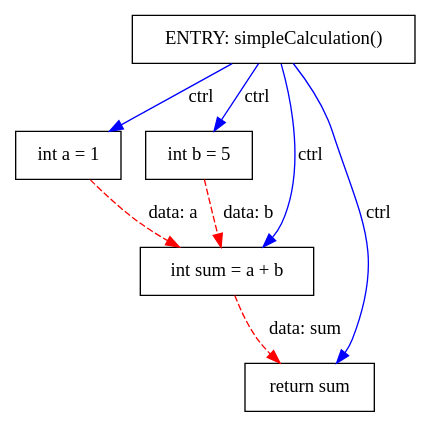
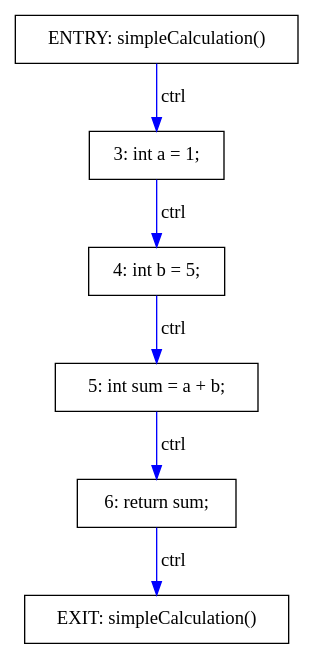
Before and after one commit to khaser/java-pdg: the diagram in results/SimpleCalculation.dot, drawn with Graphviz. The commit also changed 16 other files, not shown here.

```diff
--- a/results/SimpleCalculation.dot
+++ b/results/SimpleCalculation.dot
@@ -1,18 +1,17 @@
 digraph PDG {
   rankdir=TB;
   node [shape=box];
 
   node0 [label="ENTRY: simpleCalculation()"];
-  node1 [label="int a = 1"];
-  node2 [label="int b = 5"];
-  node3 [label="int sum = a + b"];
-  node4 [label="return sum"];
+  node1 [label="EXIT: simpleCalculation()"];
+  node2 [label="3: int a = 1;"];
+  node3 [label="4: int b = 5;"];
+  node4 [label="5: int sum = a + b;"];
+  node5 [label="6: return sum;"];
 
-  node0 -> node1 [label="ctrl", color=blue];
   node0 -> node2 [label="ctrl", color=blue];
-  node0 -> node3 [label="ctrl", color=blue];
-  node0 -> node4 [label="ctrl", color=blue];
-  node3 -> node4 [label="data: sum", color=red, style=dashed];
-  node1 -> node3 [label="data: a", color=red, style=dashed];
-  node2 -> node3 [label="data: b", color=red, style=dashed];
+  node2 -> node3 [label="ctrl", color=blue];
+  node3 -> node4 [label="ctrl", color=blue];
+  node4 -> node5 [label="ctrl", color=blue];
+  node5 -> node1 [label="ctrl", color=blue];
 }
```
